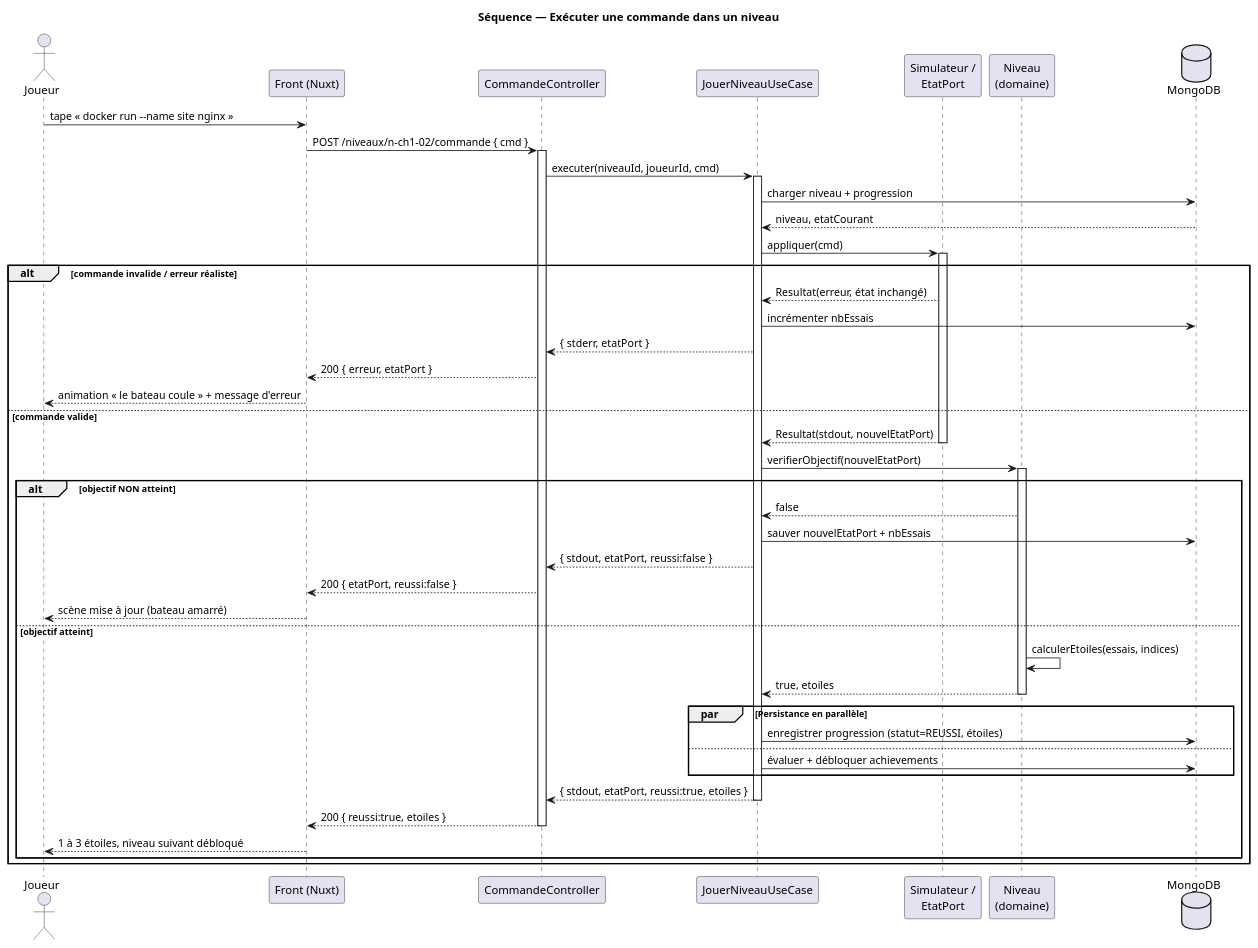
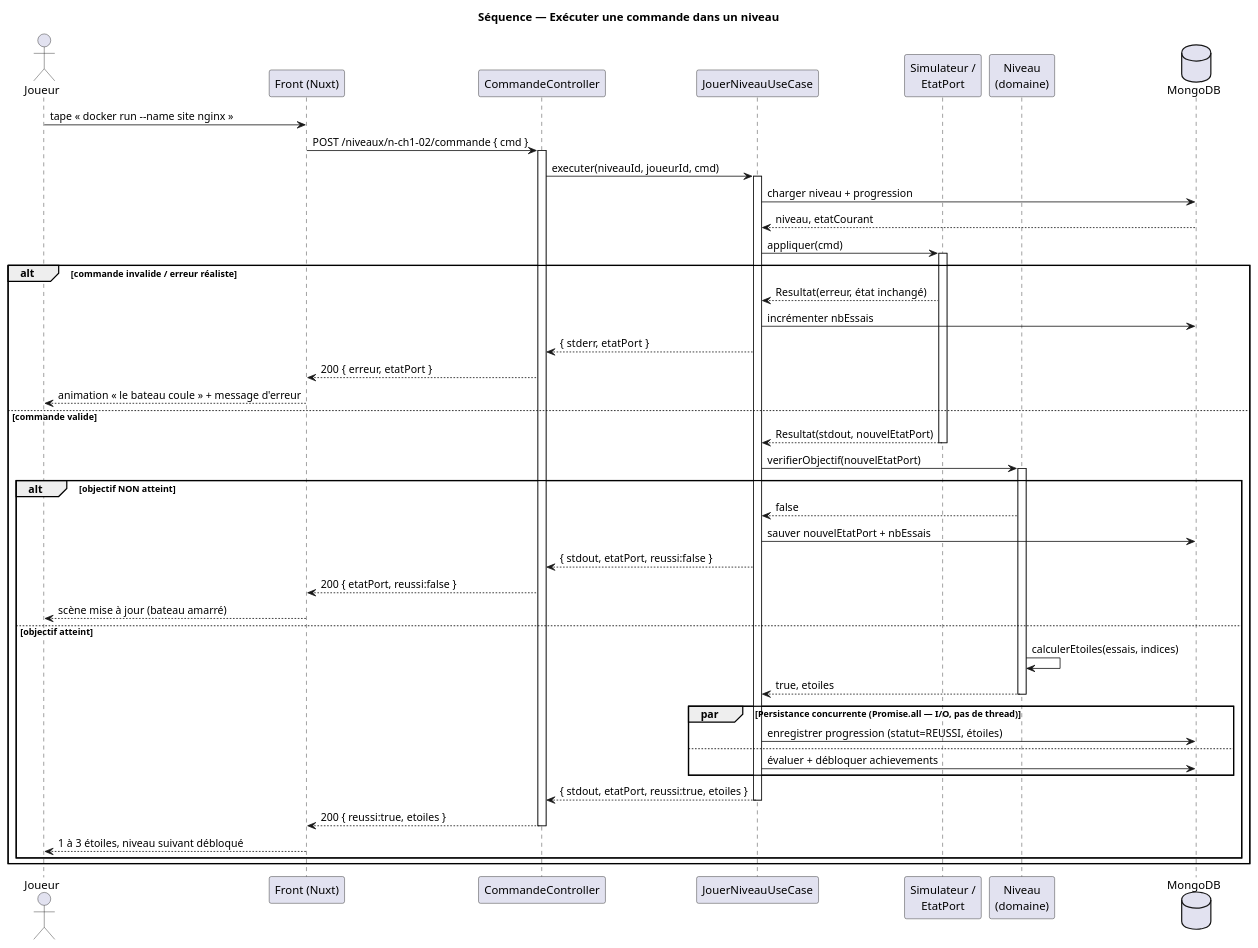
The diagram in docs/modelisation/04-sequence.puml (AndreLiar/coordinationBackFront), drawn with PlantUML before and after one commit. The commit also changed 11 other files, not shown here.

```diff
--- a/docs/modelisation/04-sequence.puml
+++ b/docs/modelisation/04-sequence.puml
@@ -1,61 +1,61 @@
 @startuml sequence-executer-commande
 ' Diagramme de séquence — « Exécuter une commande dans un niveau »
 ' Couches : Controller -> Use Case -> Domaine -> Repository (MongoDB)
 ' Rendu : plantuml 04-sequence.puml
 
 skinparam shadowing false
 title Séquence — Exécuter une commande dans un niveau
 
 actor Joueur
 participant "Front (Nuxt)" as Front
 participant "CommandeController" as API
 participant "JouerNiveauUseCase" as UC
 participant "Simulateur /\nEtatPort" as Sim
 participant "Niveau\n(domaine)" as Niv
 database "MongoDB" as DB
 
 Joueur -> Front : tape « docker run --name site nginx »
 Front -> API : POST /niveaux/n-ch1-02/commande { cmd }
 activate API
 API -> UC : executer(niveauId, joueurId, cmd)
 activate UC
 UC -> DB : charger niveau + progression
 DB --> UC : niveau, etatCourant
 UC -> Sim : appliquer(cmd)
 activate Sim
 
 alt commande invalide / erreur réaliste
   Sim --> UC : Resultat(erreur, état inchangé)
   UC -> DB : incrémenter nbEssais
   UC --> API : { stderr, etatPort }
   API --> Front : 200 { erreur, etatPort }
   Front --> Joueur : animation « le bateau coule » + message d'erreur
 else commande valide
   Sim --> UC : Resultat(stdout, nouvelEtatPort)
   deactivate Sim
   UC -> Niv : verifierObjectif(nouvelEtatPort)
   activate Niv
   alt objectif NON atteint
     Niv --> UC : false
     UC -> DB : sauver nouvelEtatPort + nbEssais
     UC --> API : { stdout, etatPort, reussi:false }
     API --> Front : 200 { etatPort, reussi:false }
     Front --> Joueur : scène mise à jour (bateau amarré)
   else objectif atteint
     Niv -> Niv : calculerEtoiles(essais, indices)
     Niv --> UC : true, etoiles
     deactivate Niv
-    par Persistance en parallèle
+    par Persistance concurrente (Promise.all — I/O, pas de thread)
       UC -> DB : enregistrer progression (statut=REUSSI, étoiles)
     else
       UC -> DB : évaluer + débloquer achievements
     end
     UC --> API : { stdout, etatPort, reussi:true, etoiles }
     deactivate UC
     API --> Front : 200 { reussi:true, etoiles }
     deactivate API
     Front --> Joueur : 1 à 3 étoiles, niveau suivant débloqué
   end
 end
 
 @enduml
```
